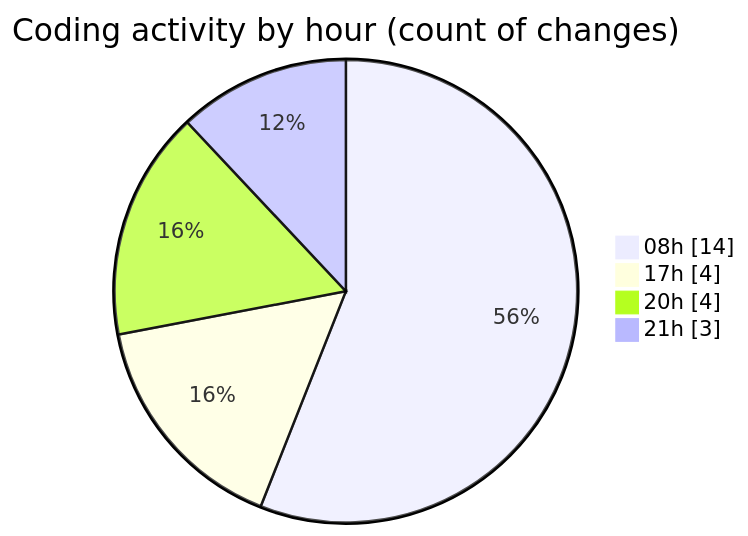
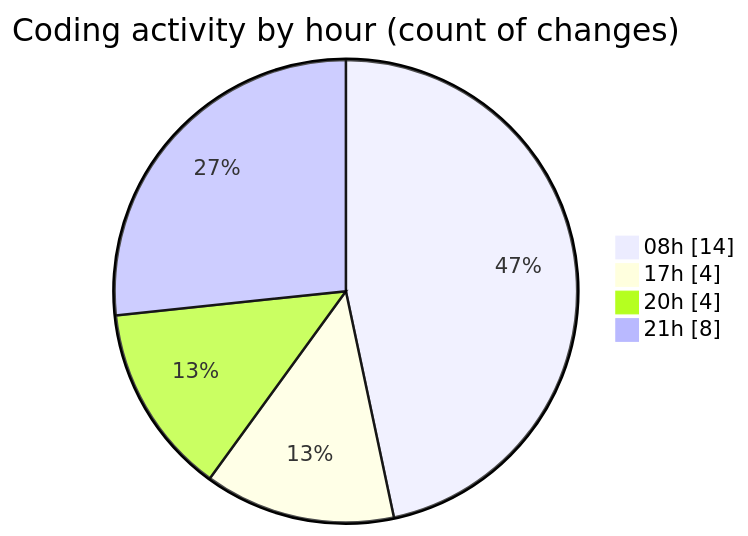
The second of 2 diagrams in 2025-01-28/mbc-web/README.md (robertbonfada/code-tracking), drawn with Mermaid before and after one commit. The commit also changed other lines of this file and 1 other file, not shown here.

````diff
--- a/2025-01-28/mbc-web/README.md
+++ b/2025-01-28/mbc-web/README.md
@@ -36,8 +38,8 @@
 ```mermaid
 pie showData
 title Coding activity by hour (count of changes)
 "08h" : 14
 "17h" : 4
 "20h" : 4
-"21h" : 3
+"21h" : 8
 ```
````
